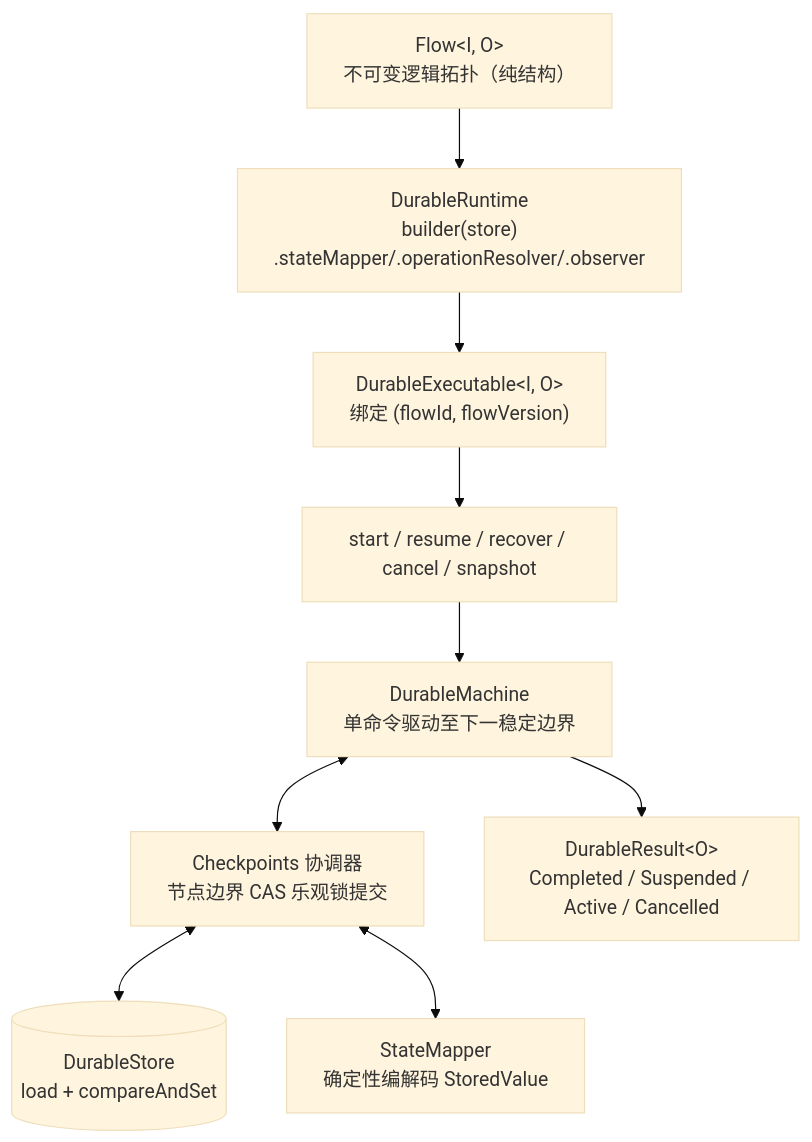
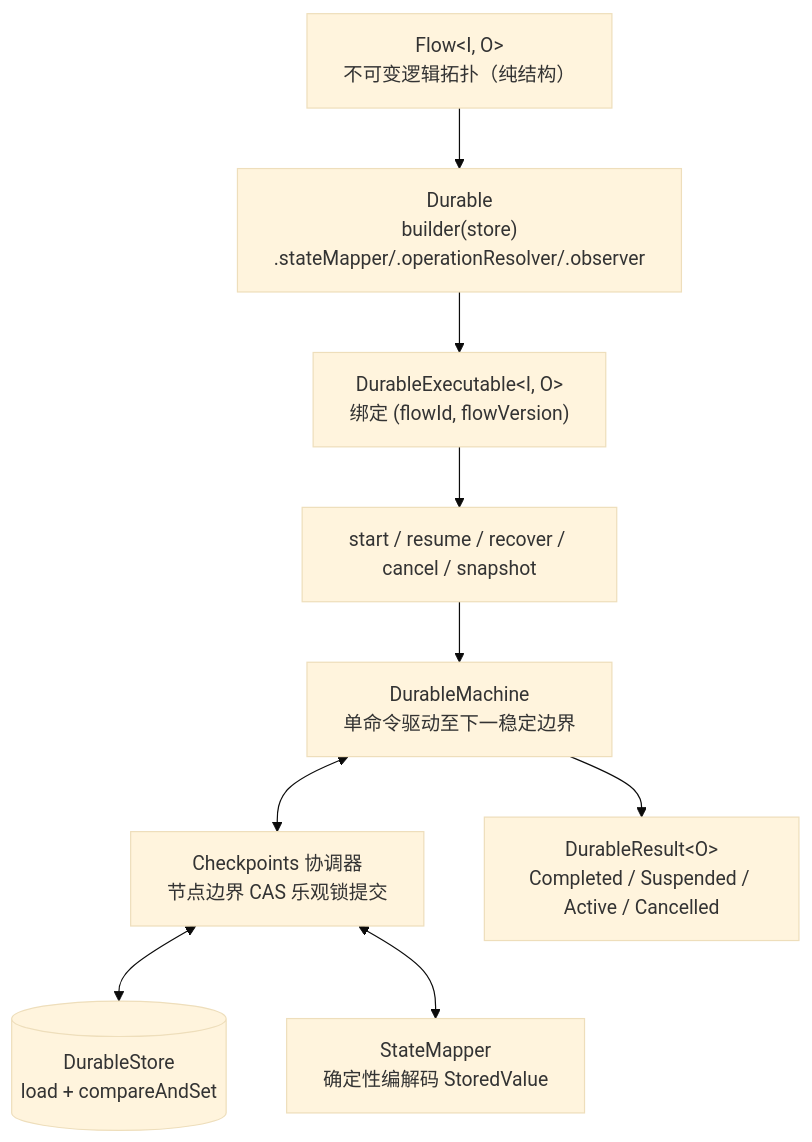
Before and after one commit to team4u/team4u-framework: the diagram in docs/flow/flow-durable.md, drawn with Mermaid (base theme). The commit also changed other lines of this file and 33 other files, not shown here.

Commit message:
refactor(flow-durable): rename DurableRuntime to Durable for symmetric facade architecture

````diff
--- a/docs/flow/flow-durable.md
+++ b/docs/flow/flow-durable.md
@@ -17,11 +17,11 @@
 ```mermaid
 graph TD
-    F["Flow&lt;I, O&gt;<br/>不可变逻辑拓扑（纯结构）"] --> RT["DurableRuntime<br/>builder(store)<br/>.stateMapper/.operationResolver/.observer"]
+    F["Flow&lt;I, O&gt;<br/>不可变逻辑拓扑（纯结构）"] --> RT["Durable<br/>builder(store)<br/>.stateMapper/.operationResolver/.observer"]
     RT --> EX["DurableExecutable&lt;I, O&gt;<br/>绑定 (flowId, flowVersion)"]
     EX --> CMD["start / resume / recover / cancel / snapshot"]
     CMD --> M["DurableMachine<br/>单命令驱动至下一稳定边界"]
     M <--> CK["Checkpoints 协调器<br/>节点边界 CAS 乐观锁提交"]
     CK <--> ST[("DurableStore<br/>load + compareAndSet")]
     CK <--> SM["StateMapper<br/>确定性编解码 StoredValue"]
     M --> RES["DurableResult&lt;O&gt;<br/>Completed / Suspended / Active / Cancelled"]
 ```
````
